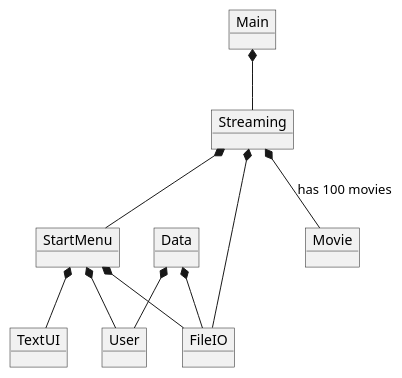
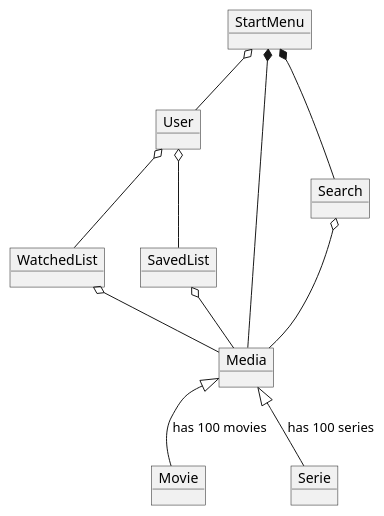
One commit to Madihakhan1/SP3 changed the diagram in out/production/SP3/.idea/Doc/Domainmodel.puml. Above: the diagram before and after it, drawn with PlantUML. The commit also changed other lines of this file and 6 other files, not shown here.

```diff
--- a/out/production/SP3/.idea/Doc/Domainmodel.puml
+++ b/out/production/SP3/.idea/Doc/Domainmodel.puml
@@ -1,28 +1,32 @@
 @startuml
 'https://plantuml.com/object-diagram
 
-object Main
 object StartMenu
-object Streaming
 object User
 object Movie
-object FileIO
-object TextUI
-object Data
+object Serie
+object Media
+object WatchedList
+object SavedList
+object Search
 
 
+StartMenu o-- User
+StartMenu *-- Media
 
-Main *-- Streaming
-Streaming *--StartMenu
-StartMenu *-- User
-StartMenu *--FileIO
-Streaming *-- FileIO
-StartMenu *-- TextUI
-Streaming *-- Movie : has 100 movies
-Data *-- User
-Data *-- FileIO
 
+Media <|-- Serie:has 100 series
+Media <|-- Movie:has 100 movies
+StartMenu *-- Search
+
+Search o-- Media
+
+User o-- WatchedList
+User o-- SavedList
+
+WatchedList o-- Media
+SavedList o-- Media
 
 
 
 @enduml
```
